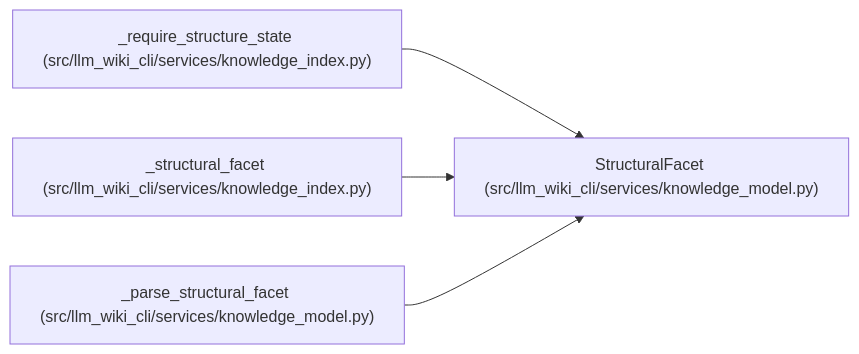
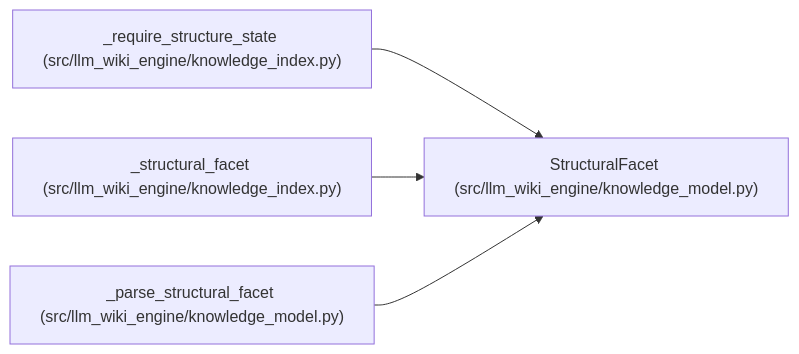
Before and after one commit to Denissvgn/python-wiki-llm: the diagram in docs/llm_wiki/entities/StructuralFacet.md, drawn with Mermaid. The commit also changed other lines of this file and 1058 other files, not shown here.

First line of the commit message:
docs: refresh the wiki for the knowledge store move

````diff
--- a/docs/llm_wiki/entities/StructuralFacet.md
+++ b/docs/llm_wiki/entities/StructuralFacet.md
@@ -30,14 +30,14 @@
 ```mermaid
 flowchart LR
-    n0["StructuralFacet (src/llm_wiki_cli/services/knowledge_model.py)"]
-    n1["_require_structure_state (src/llm_wiki_cli/services/knowledge_index.py)"]
-    n2["_structural_facet (src/llm_wiki_cli/services/knowledge_index.py)"]
-    n3["_parse_structural_facet (src/llm_wiki_cli/services/knowledge_model.py)"]
+    n0["StructuralFacet (src/llm_wiki_engine/knowledge_model.py)"]
+    n1["_require_structure_state (src/llm_wiki_engine/knowledge_index.py)"]
+    n2["_structural_facet (src/llm_wiki_engine/knowledge_index.py)"]
+    n3["_parse_structural_facet (src/llm_wiki_engine/knowledge_model.py)"]
     n1 --> n0
     n2 --> n0
     n3 --> n0
     click n0 "../modules/knowledge_model.md"
     click n1 "../modules/knowledge_index.md"
     click n2 "../modules/knowledge_index.md"
     click n3 "../modules/knowledge_model.md"
 ```
````
